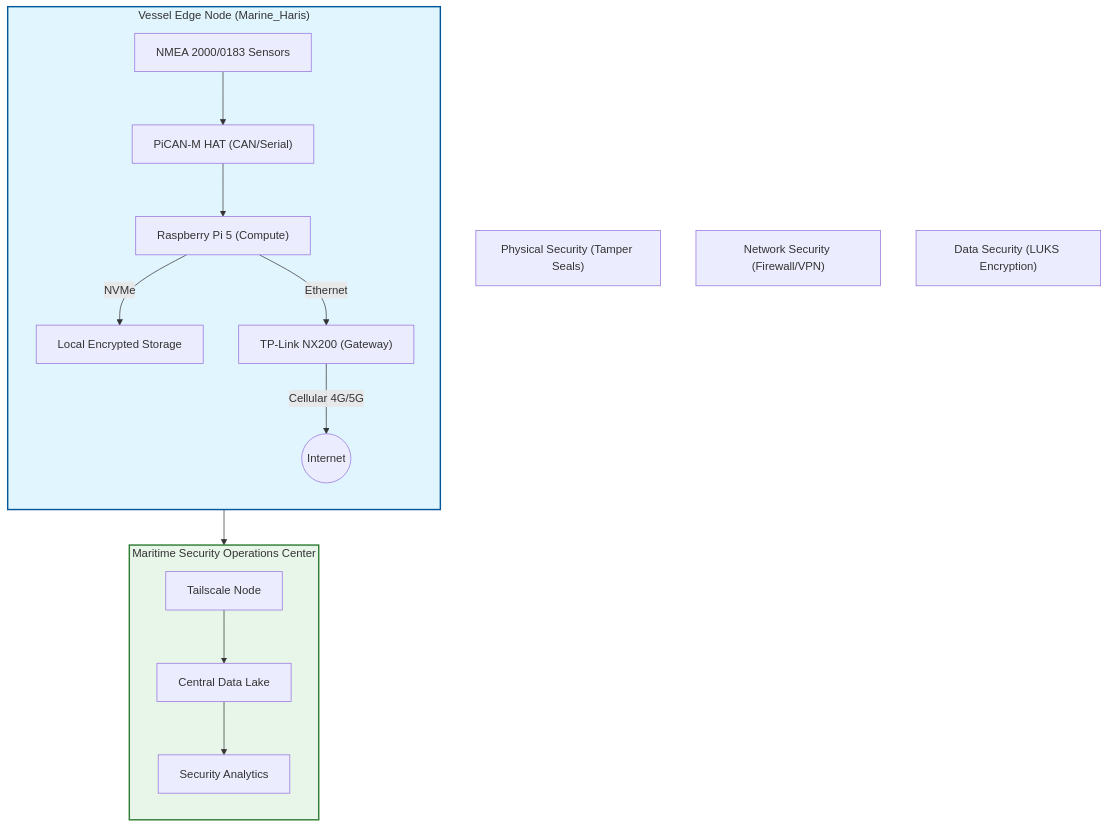
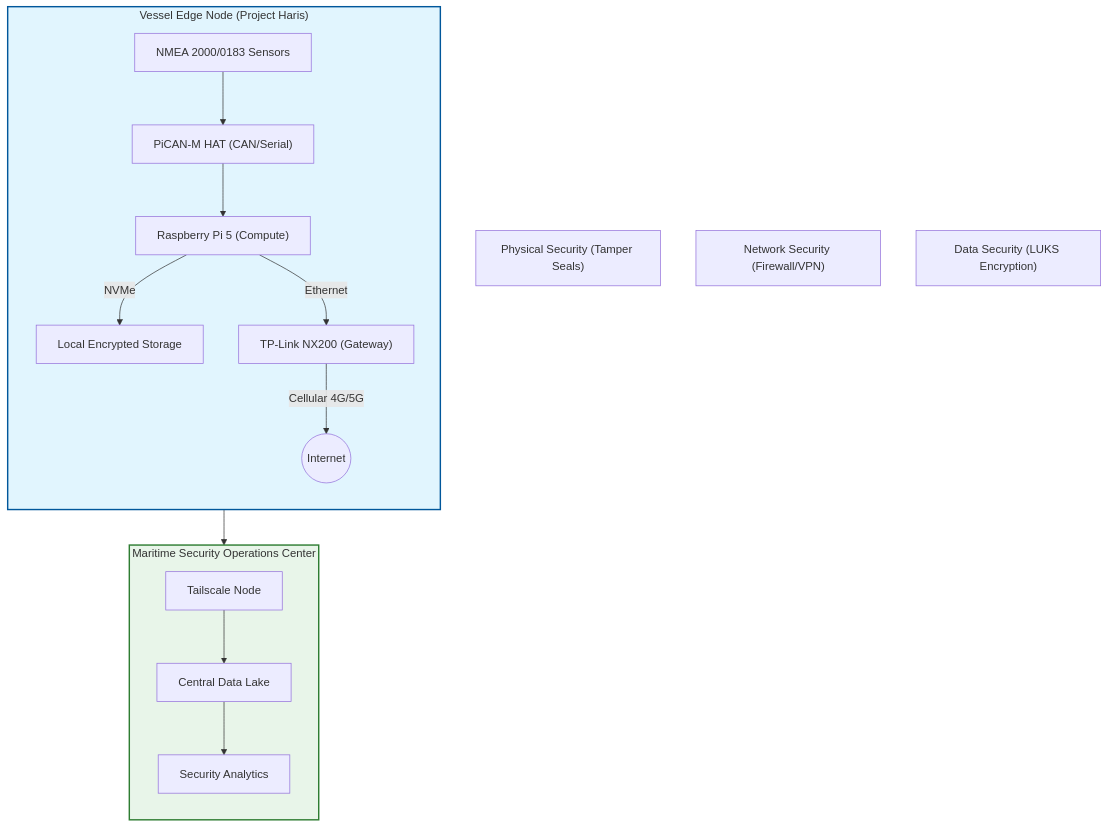
The first of 3 diagrams in docs/ARCHITECTURE.md (project-haris/marine-haris), drawn with Mermaid before and after one commit. The commit also changed other lines of this file and 27 other files, not shown here.

````diff
--- a/docs/ARCHITECTURE.md
+++ b/docs/ARCHITECTURE.md
@@ -9,27 +9,27 @@
 ```mermaid
 flowchart TD
-    subgraph VESSEL ["Vessel Edge Node (Marine_Haris)"]
+    subgraph VESSEL ["Vessel Edge Node (Project Haris)"]
         direction TB
         SENSORS["NMEA 2000/0183 Sensors"] --> HAT["PiCAN-M HAT (CAN/Serial)"]
         HAT --> RPI["Raspberry Pi 5 (Compute)"]
         RPI --> |"NVMe"| STORAGE["Local Encrypted Storage"]
         RPI --> |"Ethernet"| ROUTER["TP-Link NX200 (Gateway)"]
         ROUTER --> |"Cellular 4G/5G"| INTERNET(("Internet"))
     end
 
-    subgraph MSOC ["Maritime Security Operations Center"]
+    subgraph M-SOC ["Maritime Security Operations Center"]
         direction TB
         VPN_SERVER["Tailscale Node"] --> DATA_LAKE["Central Data Lake"]
         DATA_LAKE --> ANALYTICS["Security Analytics"]
     end
 
     INTERNET --> VPN_SERVER
     
     %% Security Layers
     LAYER1["Physical Security (Tamper Seals)"]
     LAYER2["Network Security (Firewall/VPN)"]
     LAYER3["Data Security (LUKS Encryption)"]
     
     style VESSEL fill:#e1f5fe,stroke:#01579b,stroke-width:2px
-    style MSOC fill:#e8f5e9,stroke:#2e7d32,stroke-width:2px
+    style M-SOC fill:#e8f5e9,stroke:#2e7d32,stroke-width:2px
 ```
````
